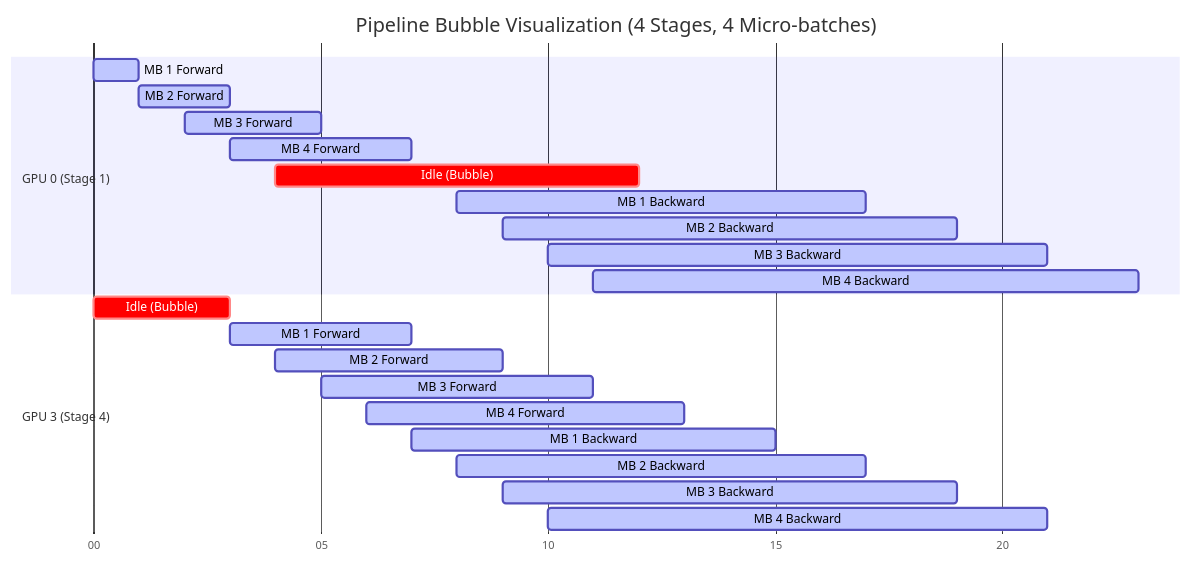
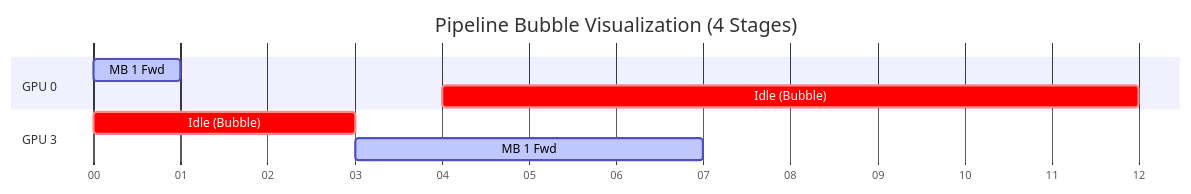
One commit to jithinpnjm/nvidia-devops changed the diagram in docs/nvidia-zero-to-hero/volume-13/chapter-06-tensor-pipeline-and-expert-parallelism.md. Above: the diagram before and after it, drawn with Mermaid. The commit also changed other lines of this file and 3 other files, not shown here.

Commit message:
docs: restructure chapters 4-7 to strict top-level flow format

````diff
--- a/docs/nvidia-zero-to-hero/volume-13/chapter-06-tensor-pipeline-and-expert-parallelism.md
+++ b/docs/nvidia-zero-to-hero/volume-13/chapter-06-tensor-pipeline-and-expert-parallelism.md
@@ -44,28 +21,12 @@
 ```mermaid
 gantt
-    title Pipeline Bubble Visualization (4 Stages, 4 Micro-batches)
+    title Pipeline Bubble Visualization (4 Stages)
     dateFormat  s
     axisFormat %S
-    
-    section GPU 0 (Stage 1)
-    MB 1 Forward :active, 0, 1s
-    MB 2 Forward :active, 1, 2s
-    MB 3 Forward :active, 2, 3s
-    MB 4 Forward :active, 3, 4s
+    section GPU 0
+    MB 1 Fwd :active, 0, 1s
     Idle (Bubble) :crit, 4, 8s
-    MB 1 Backward :active, 8, 9s
-    MB 2 Backward :active, 9, 10s
-    MB 3 Backward :active, 10, 11s
-    MB 4 Backward :active, 11, 12s
-    
-    section GPU 3 (Stage 4)
+    section GPU 3
     Idle (Bubble) :crit, 0, 3s
-    MB 1 Forward :active, 3, 4s
-    MB 2 Forward :active, 4, 5s
-    MB 3 Forward :active, 5, 6s
-    MB 4 Forward :active, 6, 7s
-    MB 1 Backward :active, 7, 8s
-    MB 2 Backward :active, 8, 9s
-    MB 3 Backward :active, 9, 10s
-    MB 4 Backward :active, 10, 11s
+    MB 1 Fwd :active, 3, 4s
 ```
````
